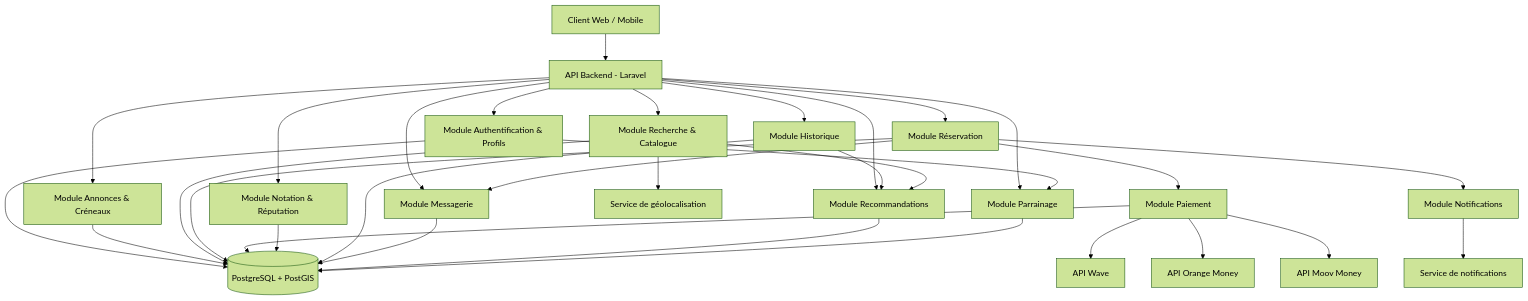
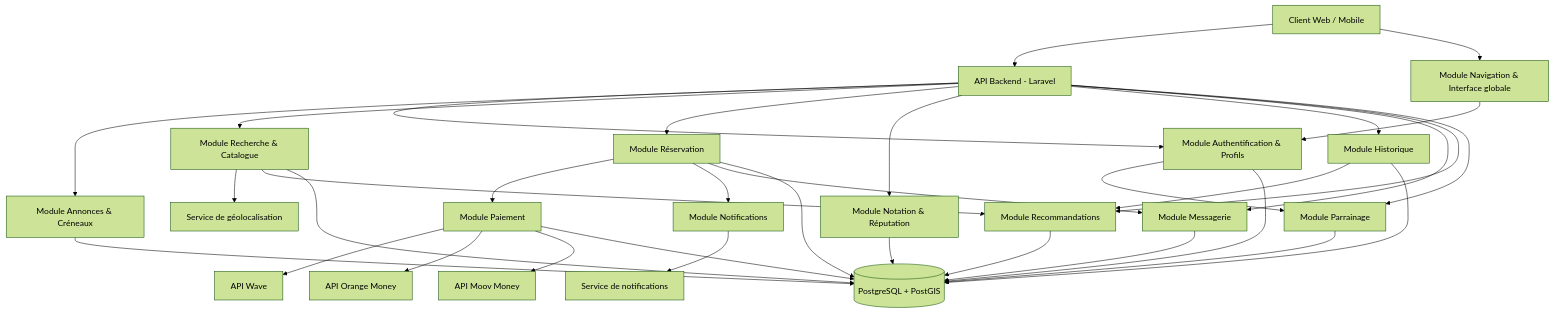
Before and after one commit to marakadenlvlb-max/app-reservation-terrains-: the first of 2 diagrams in architecture.md, drawn with Mermaid (forest theme). The commit also changed other lines of this file and 1 other file, not shown here.

First line of the commit message:
Planifie US-27 : navigation web & accueil unique post-connexion

````diff
--- a/architecture.md
+++ b/architecture.md
@@ -55,54 +55,57 @@
 ```mermaid
 graph TD
     Client[Client Web / Mobile]
     API[API Backend - Laravel]
     Auth[Module Authentification & Profils]
     Annonces[Module Annonces & Créneaux]
     Recherche[Module Recherche & Catalogue]
     Reservation[Module Réservation]
     Paiement[Module Paiement]
     Notation[Module Notation & Réputation]
     Historique[Module Historique]
     Notifications[Module Notifications]
     Messagerie[Module Messagerie]
     Recommandations[Module Recommandations]
     Parrainage[Module Parrainage]
+    Navigation[Module Navigation & Interface globale]
     DB[(PostgreSQL + PostGIS)]
     Wave[API Wave]
     OM[API Orange Money]
     Moov[API Moov Money]
     Geo[Service de géolocalisation]
     Push[Service de notifications]
 
     Client --> API
+    Client --> Navigation
+    Navigation --> Auth
     API --> Auth
     API --> Annonces
     API --> Recherche
     API --> Reservation
     API --> Notation
     API --> Historique
     API --> Messagerie
     API --> Recommandations
     API --> Parrainage
     Reservation --> Paiement
     Paiement --> Wave
     Paiement --> OM
     Paiement --> Moov
     Recherche --> Geo
     Notifications --> Push
     Reservation --> Notifications
     Reservation --> Messagerie
     Historique --> Recommandations
     Recherche --> Recommandations
     Auth --> Parrainage
     Auth --> DB
     Annonces --> DB
     Recherche --> DB
     Reservation --> DB
     Paiement --> DB
     Notation --> DB
     Historique --> DB
     Messagerie --> DB
     Recommandations --> DB
     Parrainage --> DB
 ```
````
